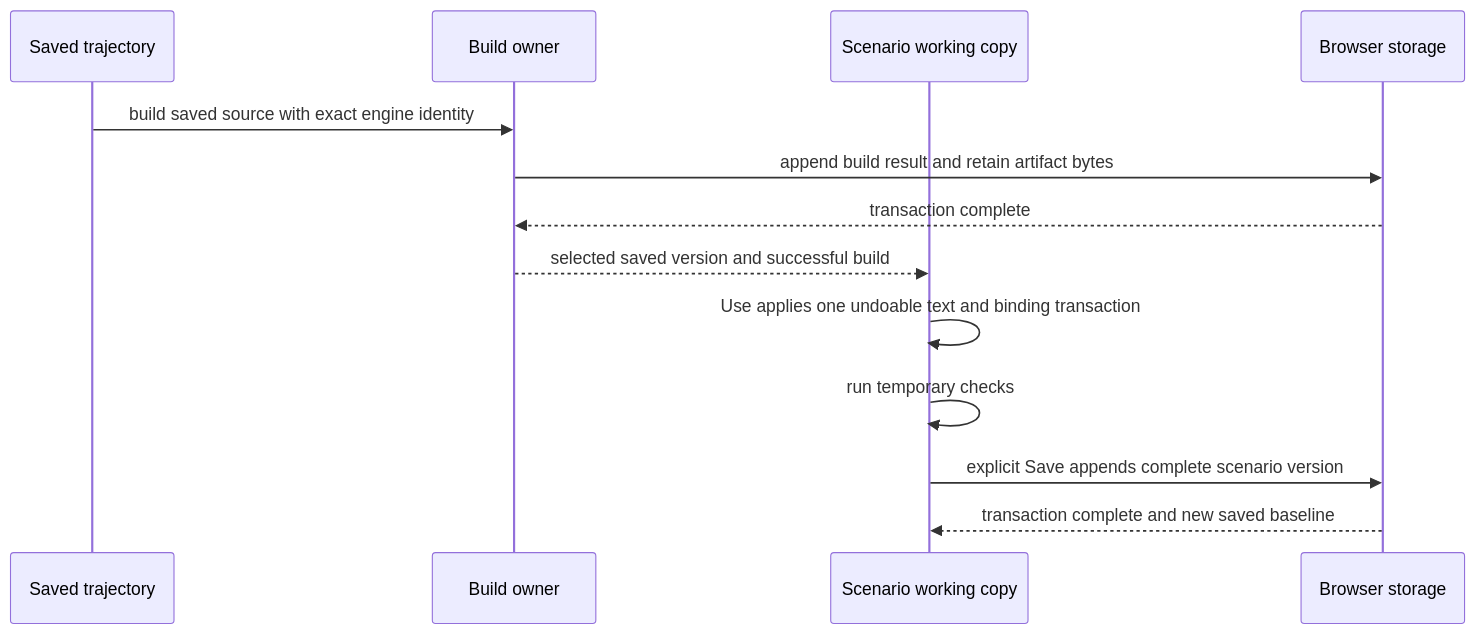
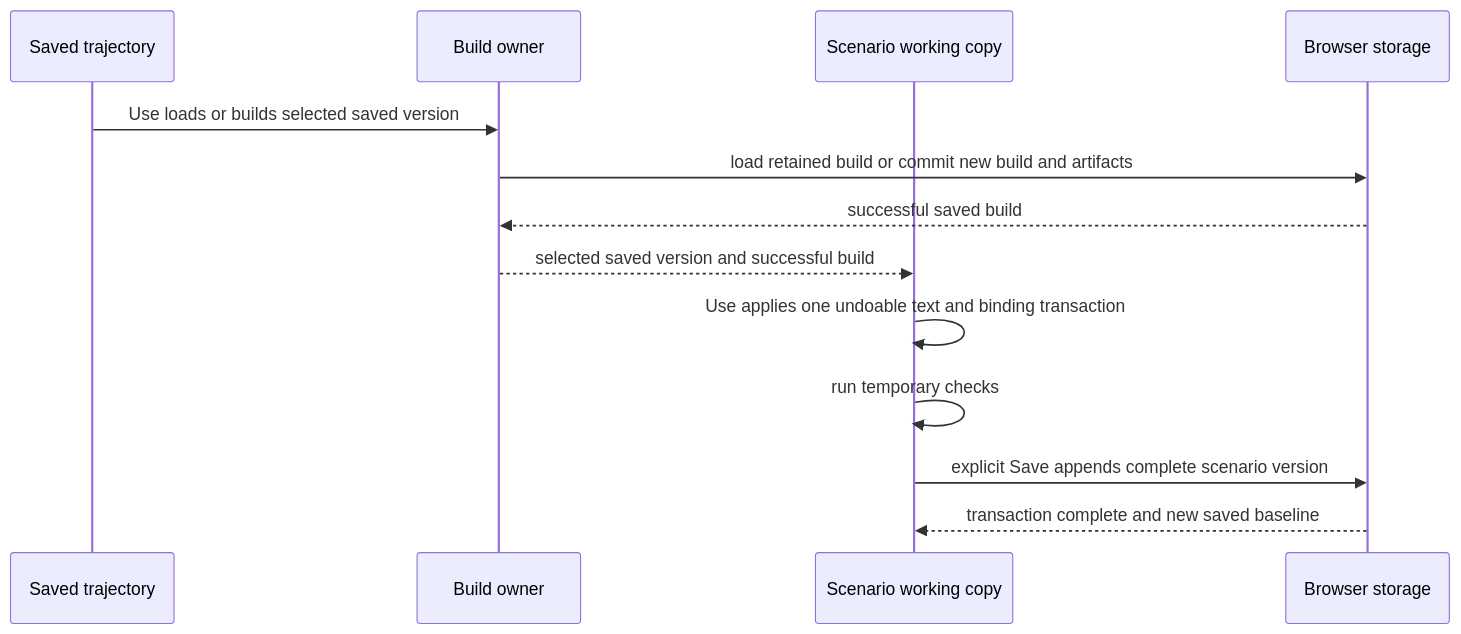
Before and after one commit to EEddeenn/LoomSky: the third of 4 diagrams in docs/design/workbench.md, drawn with Mermaid. The commit also changed other lines of this file and 97 other files, not shown here.

````diff
--- a/docs/design/workbench.md
+++ b/docs/design/workbench.md
@@ -468,15 +451,15 @@
 ```mermaid
 sequenceDiagram
     participant T as Saved trajectory
     participant B as Build owner
     participant S as Scenario working copy
     participant D as Browser storage
-    T->>B: build saved source with exact engine identity
-    B->>D: append build result and retain artifact bytes
-    D-->>B: transaction complete
+    T->>B: Use loads or builds selected saved version
+    B->>D: load retained build or commit new build and artifacts
+    D-->>B: successful saved build
     B-->>S: selected saved version and successful build
     S->>S: Use applies one undoable text and binding transaction
     S->>S: run temporary checks
     S->>D: explicit Save appends complete scenario version
     D-->>S: transaction complete and new saved baseline
 ```
````
